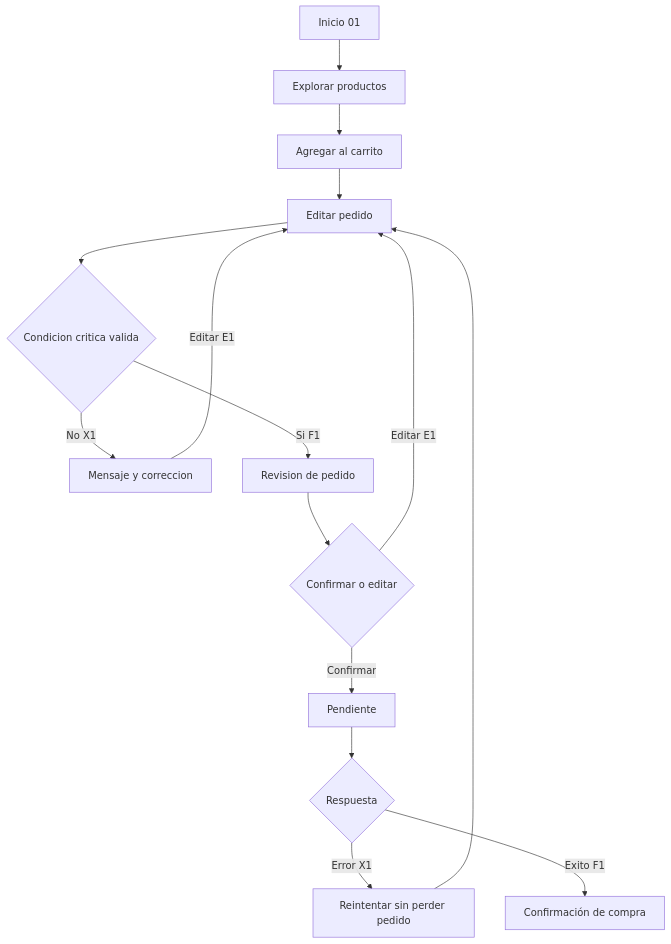
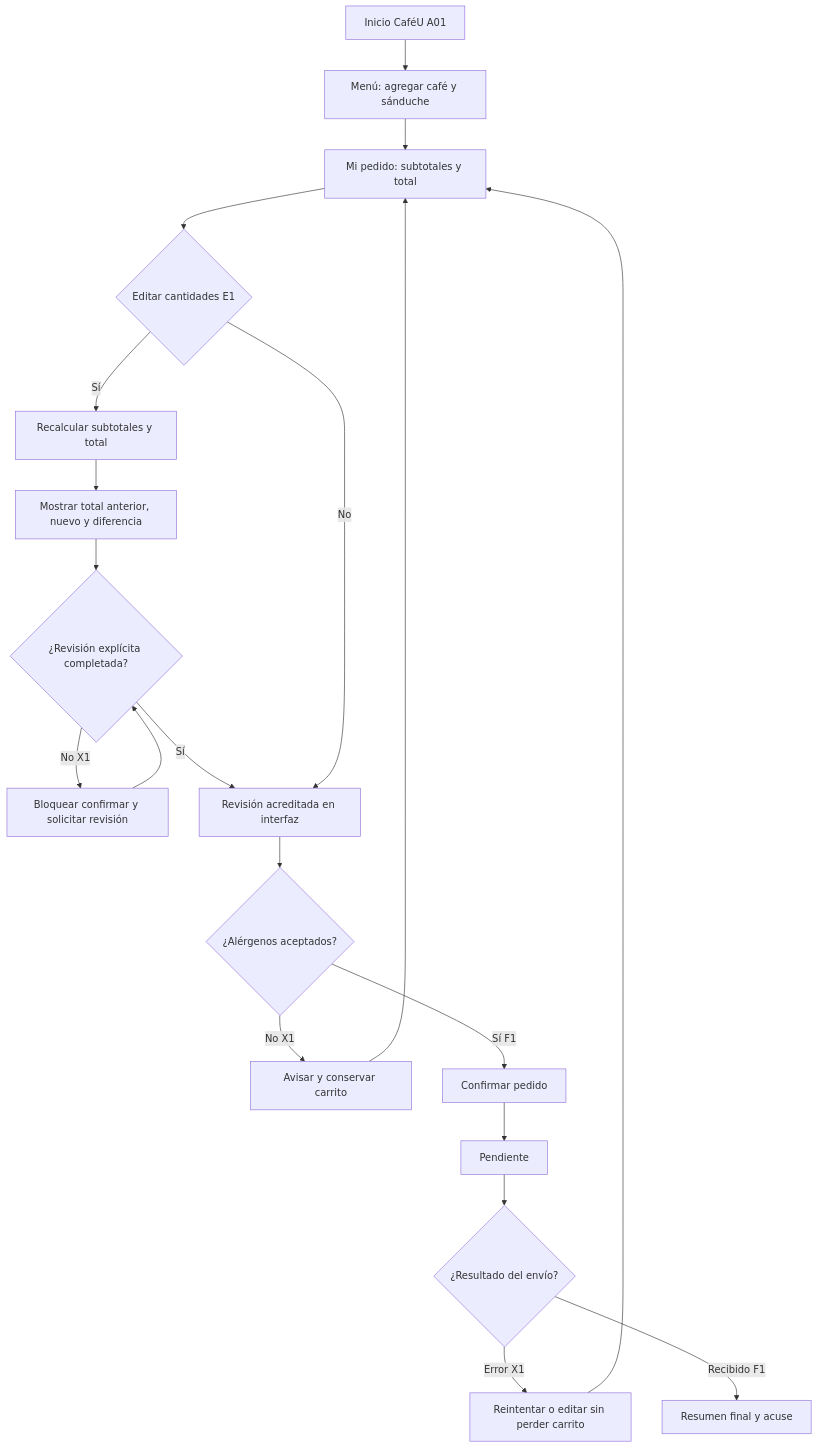
Before and after one commit to EMILIOABRIL05/Prueba_01_IHC_Parcial2: the diagram in diagramas/IHC-A-01-flujo.mmd, drawn with Mermaid. The commit also changed 13 other files, not shown here.

```diff
--- a/diagramas/IHC-A-01-flujo.mmd
+++ b/diagramas/IHC-A-01-flujo.mmd
@@ -1,15 +1,20 @@
 flowchart TD
- A[Inicio 01] --> B[Explorar productos]
- B --> C[Agregar al carrito]
- C --> D[Editar pedido]
- D --> E{Condicion critica valida}
- E -->|No X1| F[Mensaje y correccion]
- F -->|Editar E1| D
- E -->|Si F1| G[Revision de pedido]
- G --> H{Confirmar o editar}
- H -->|Editar E1| D
- H -->|Confirmar| I[Pendiente]
- I --> J{Respuesta}
- J -->|Error X1| K[Reintentar sin perder pedido]
- K --> D
- J -->|Exito F1| L[Confirmación de compra]
+ A[Inicio CaféU A01] --> B[Menú: agregar café y sánduche]
+ B --> C[Mi pedido: subtotales y total]
+ C --> D{Editar cantidades E1}
+ D -->|Sí| E[Recalcular subtotales y total]
+ E --> F[Mostrar total anterior, nuevo y diferencia]
+ F --> G{¿Revisión explícita completada?}
+ G -->|No X1| H[Bloquear confirmar y solicitar revisión]
+ H --> G
+ G -->|Sí| I[Revisión acreditada en interfaz]
+ D -->|No| I
+ I --> J{¿Alérgenos aceptados?}
+ J -->|No X1| K[Avisar y conservar carrito]
+ K --> C
+ J -->|Sí F1| L[Confirmar pedido]
+ L --> M[Pendiente]
+ M --> N{¿Resultado del envío?}
+ N -->|Error X1| O[Reintentar o editar sin perder carrito]
+ O --> C
+ N -->|Recibido F1| P[Resumen final y acuse]
```
